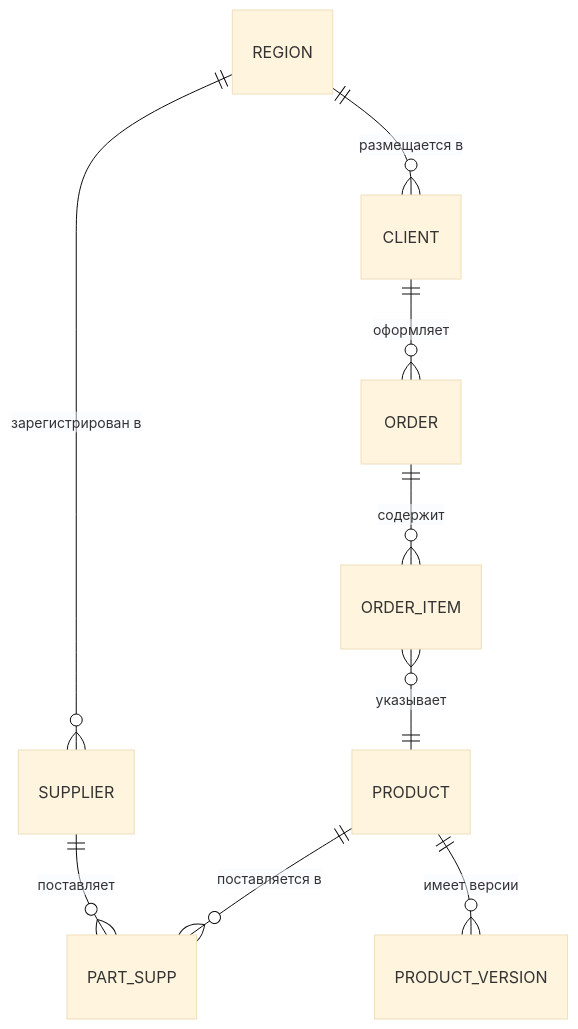
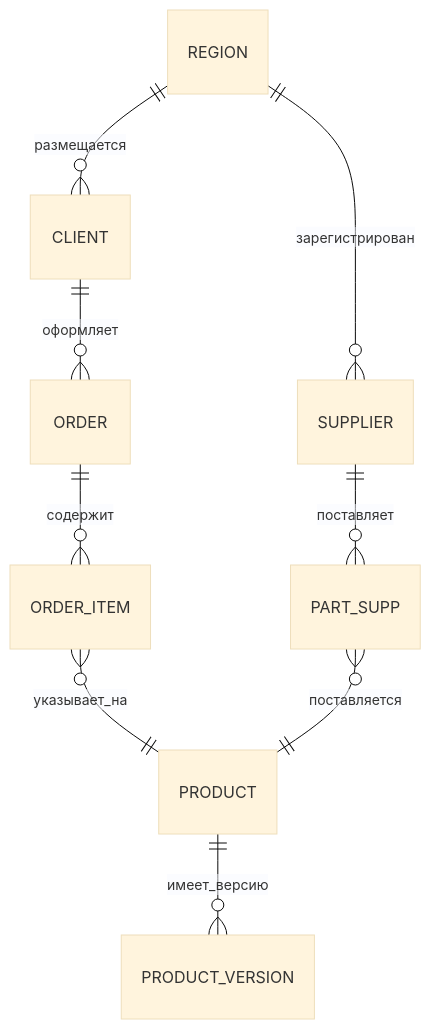
The diagram in README.md (chibrus/bd_project), drawn with Mermaid (base theme) before and after one commit.

````diff
--- a/README.md
+++ b/README.md
@@ -4,15 +4,14 @@
 ```mermaid
 erDiagram
-    REGION ||--o{ CLIENT : "размещается в"
-    REGION ||--o{ SUPPLIER : "зарегистрирован в"
-    
-    CLIENT ||--o{ ORDER : "оформляет"
-    ORDER ||--o{ ORDER_ITEM : "содержит"
-    ORDER_ITEM }o--|| PRODUCT : "указывает"
-    
-    SUPPLIER ||--o{ PART_SUPP : "поставляет"
-    PRODUCT ||--o{ PART_SUPP : "поставляется в"
+    REGION ||--o{ CLIENT : размещается
+    REGION ||--o{ SUPPLIER : зарегистрирован
 
-    PRODUCT ||--o{ PRODUCT_VERSION : "имеет версии"
+    CLIENT ||--o{ ORDER : оформляет
+    ORDER ||--o{ ORDER_ITEM : содержит
+    ORDER_ITEM }o--|| PRODUCT : указывает_на
 
+    SUPPLIER ||--o{ PART_SUPP : поставляет
+    PART_SUPP }o--|| PRODUCT : поставляется
+
+    PRODUCT ||--o{ PRODUCT_VERSION : имеет_версию
 ```
````
